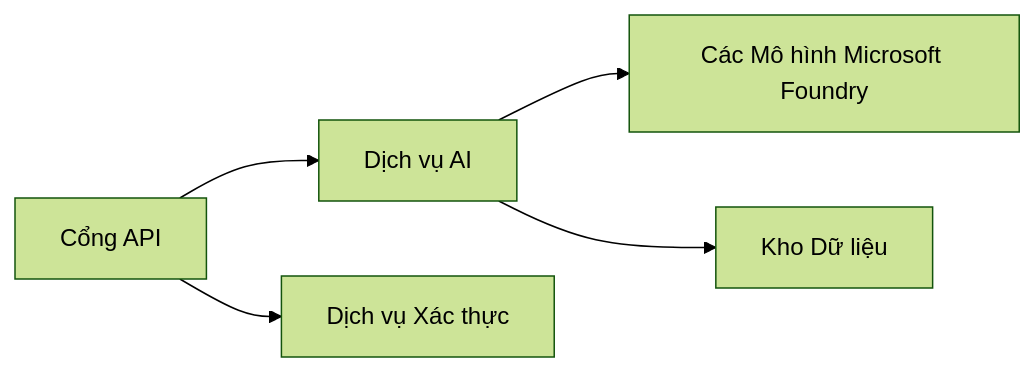
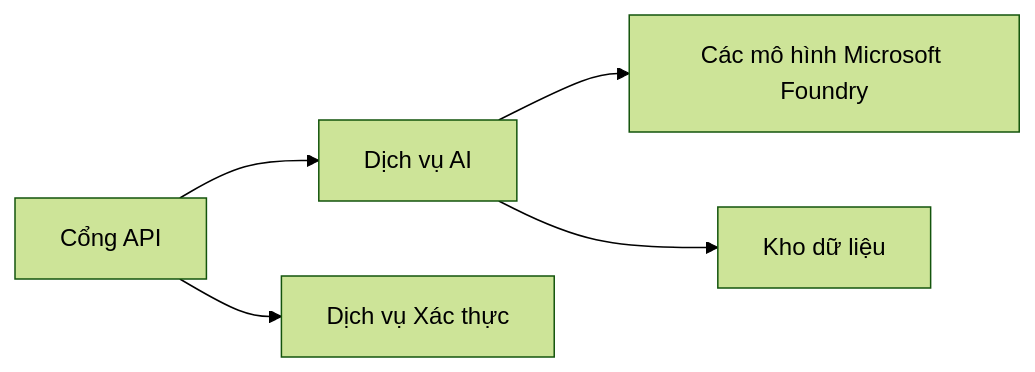
Before and after one commit to microsoft/AZD-for-beginners: the first of 2 diagrams in translations/vi/docs/chapter-08-production/README.md, drawn with Mermaid (forest theme). The commit also changed other lines of this file and 104 other files, not shown here.

````diff
--- a/translations/vi/docs/chapter-08-production/README.md
+++ b/translations/vi/docs/chapter-08-production/README.md
@@ -48,6 +48,6 @@
 ```mermaid
 graph LR
-    Gateway[Cổng API] --> AI[Dịch vụ AI] --> Models[Các Mô hình Microsoft Foundry]
+    Gateway[Cổng API] --> AI[Dịch vụ AI] --> Models[Các mô hình Microsoft Foundry]
     Gateway --> Auth[Dịch vụ Xác thực]
-    AI --> Data[Kho Dữ liệu]
+    AI --> Data[Kho dữ liệu]
 ```
````
